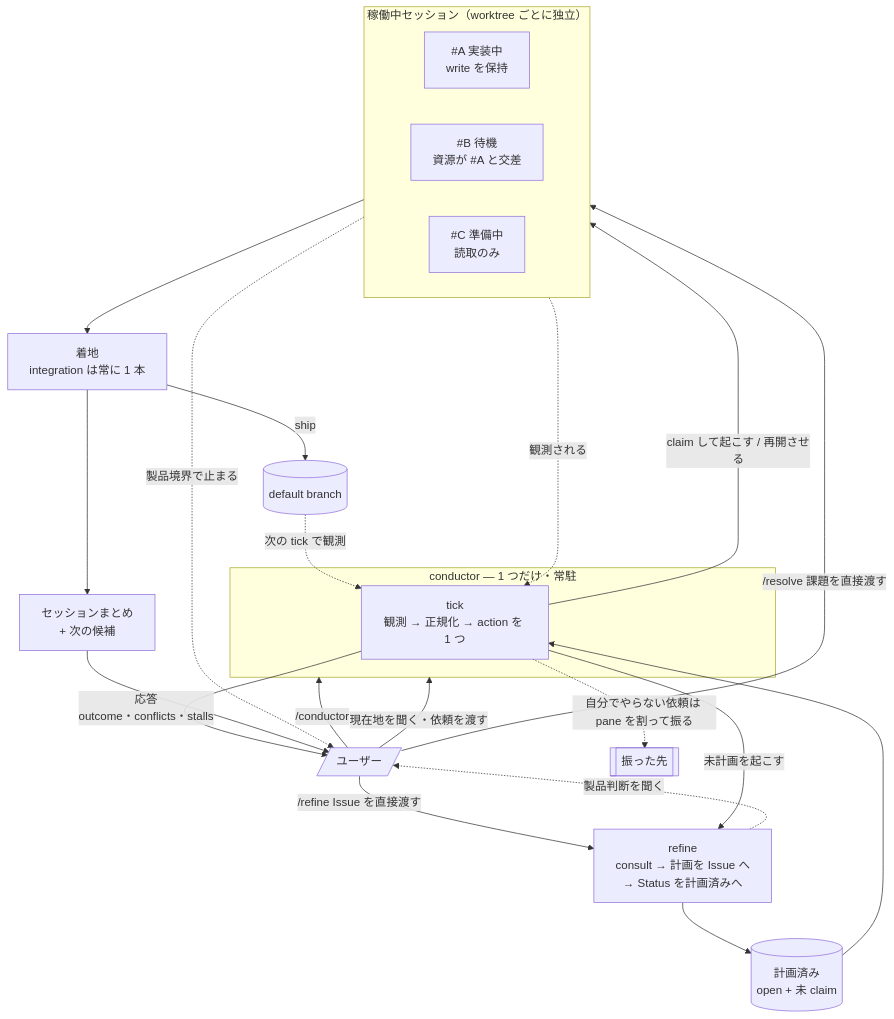
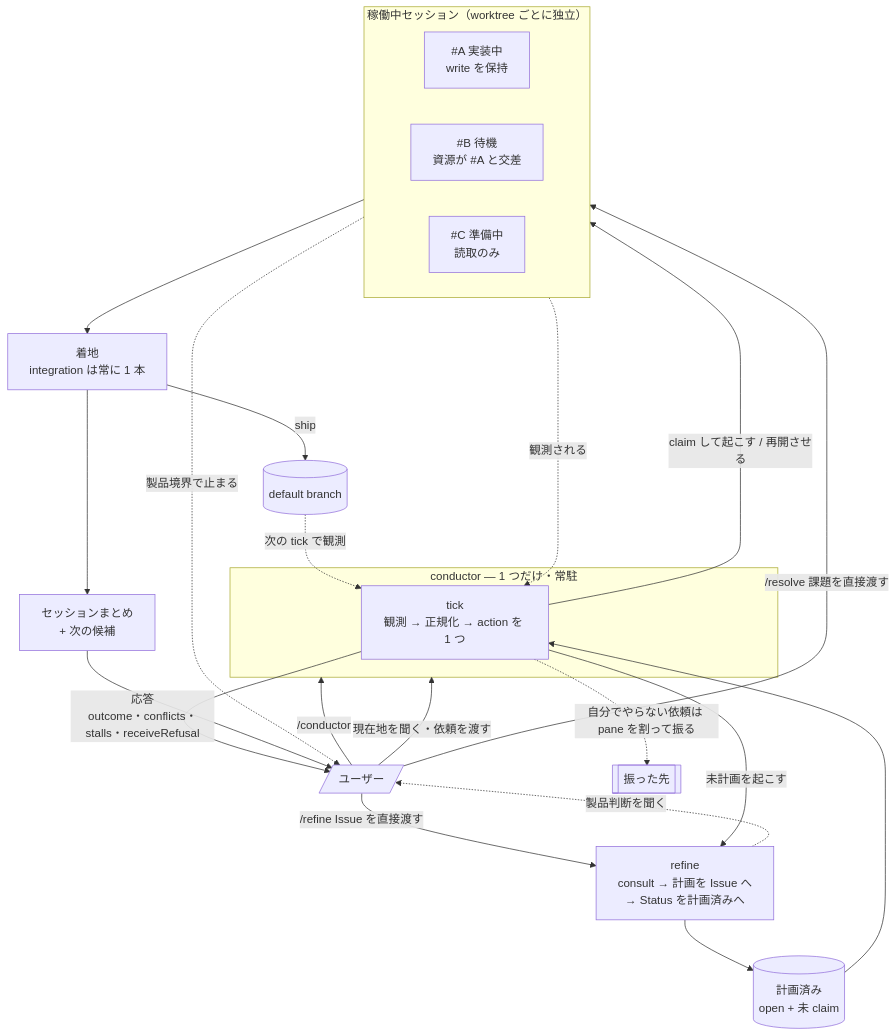
Before and after one commit to usagizmo/agentfiles: the diagram in agents/docs/README.md, drawn with Mermaid. The commit also changed other lines of this file and 12 other files, not shown here.

````diff
--- a/agents/docs/README.md
+++ b/agents/docs/README.md
@@ -25,34 +25,34 @@
 ```mermaid
 flowchart TB
     U[/ユーザー/] -->|/conductor| AP
     U -->|現在地を聞く・依頼を渡す| AP
     U -->|/resolve 課題を直接渡す| RUN
     U -->|/refine Issue を直接渡す| G
 
     subgraph AP["conductor — 1 つだけ・常駐"]
         TICK["tick<br/>観測 → 正規化 → action を 1 つ"]
     end
 
-    TICK -->|応答<br/>outcome・conflicts・stalls| U
+    TICK -->|応答<br/>outcome・conflicts・stalls・receiveRefusal| U
     TICK -.自分でやらない依頼は pane を割って振る.-> DEL[["振った先"]]
 
     TICK -->|未計画を起こす| G["refine<br/>consult → 計画を Issue へ<br/>→ Status を計画済みへ"]
     G --> Q[("計画済み<br/>open + 未 claim")]
     Q --> TICK
 
     subgraph RUN["稼働中セッション（worktree ごとに独立）"]
         direction LR
         SA["#A 実装中<br/>write を保持"]
         SB["#B 待機<br/>資源が #A と交差"]
         SC["#C 準備中<br/>読取のみ"]
     end
 
     TICK -->|claim して起こす / 再開させる| RUN
     RUN -.観測される.-> TICK
     SA --> LAND["着地<br/>integration は常に 1 本"]
     LAND -->|ship| MAIN[(default branch)]
     MAIN -.次の tick で観測.-> TICK
     LAND --> RP[セッションまとめ<br/>+ 次の候補] --> U
     G -.製品判断を聞く.-> U
     RUN -.製品境界で止まる.-> U
 ```
````
